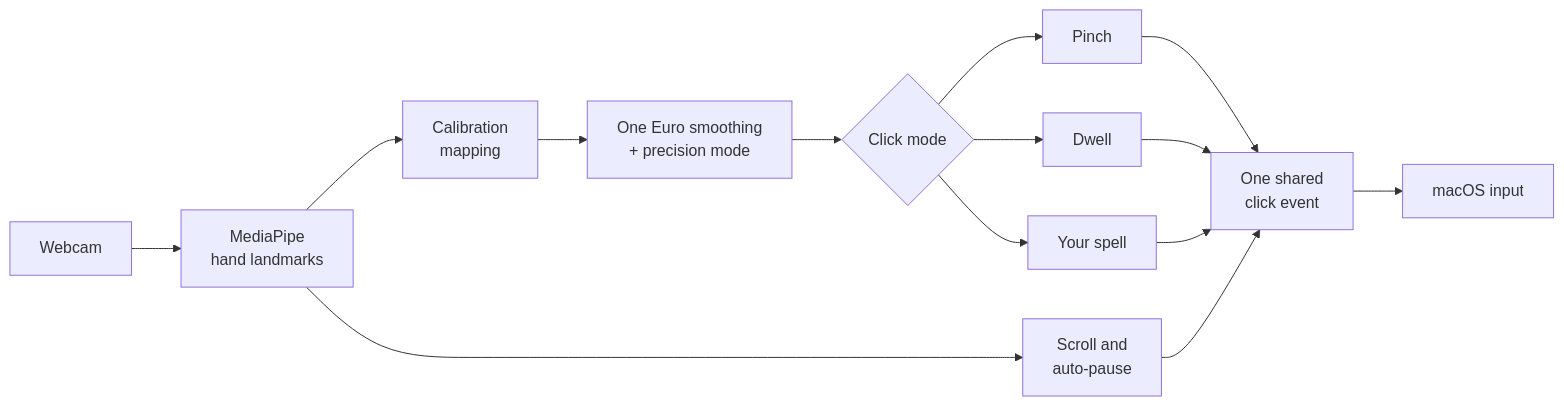
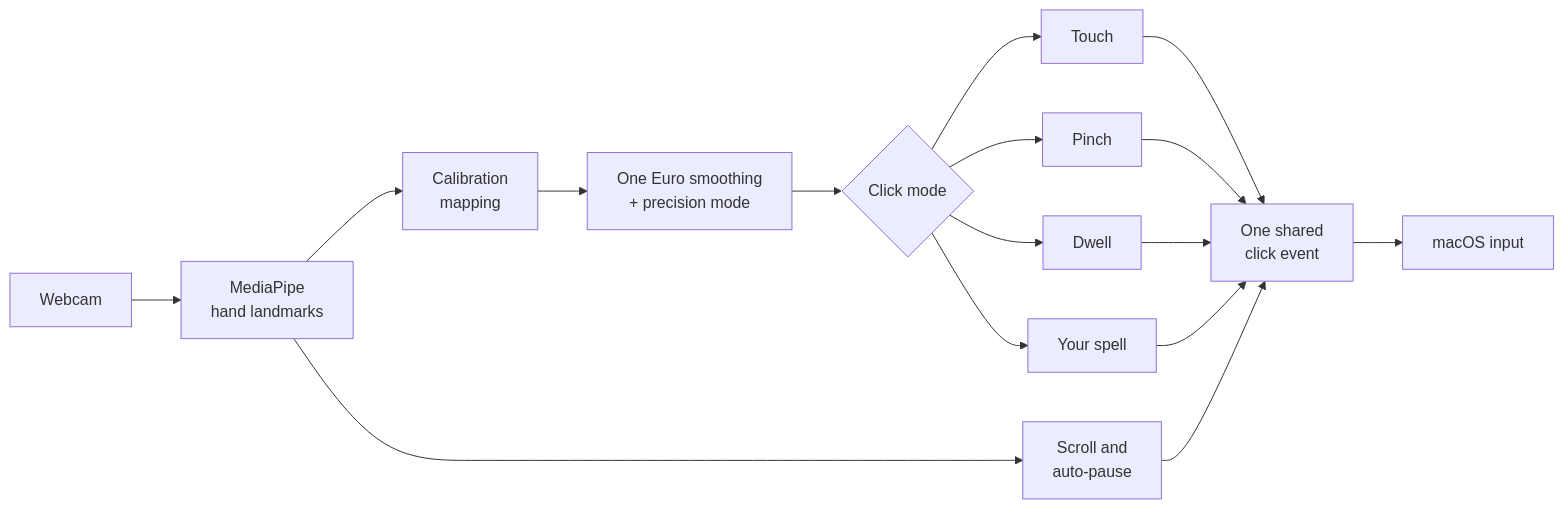
One commit to hiratinspace/Conjure changed the diagram in README.md. Above: the diagram before and after it, drawn with Mermaid. The commit also changed other lines of this file and 4 other files, not shown here.

````diff
--- a/README.md
+++ b/README.md
@@ -140,13 +144,14 @@
 ```mermaid
 flowchart LR
     A[Webcam] --> B[MediaPipe<br/>hand landmarks]
     B --> C[Calibration<br/>mapping]
     C --> D[One Euro smoothing<br/>+ precision mode]
     D --> E{Click mode}
+    E --> T[Touch]
     E --> F[Pinch]
     E --> G[Dwell]
     E --> H[Your spell]
     B --> I[Scroll and<br/>auto-pause]
-    F & G & H & I --> J[One shared<br/>click event]
+    T & F & G & H & I --> J[One shared<br/>click event]
     J --> K[macOS input]
 ```
````
